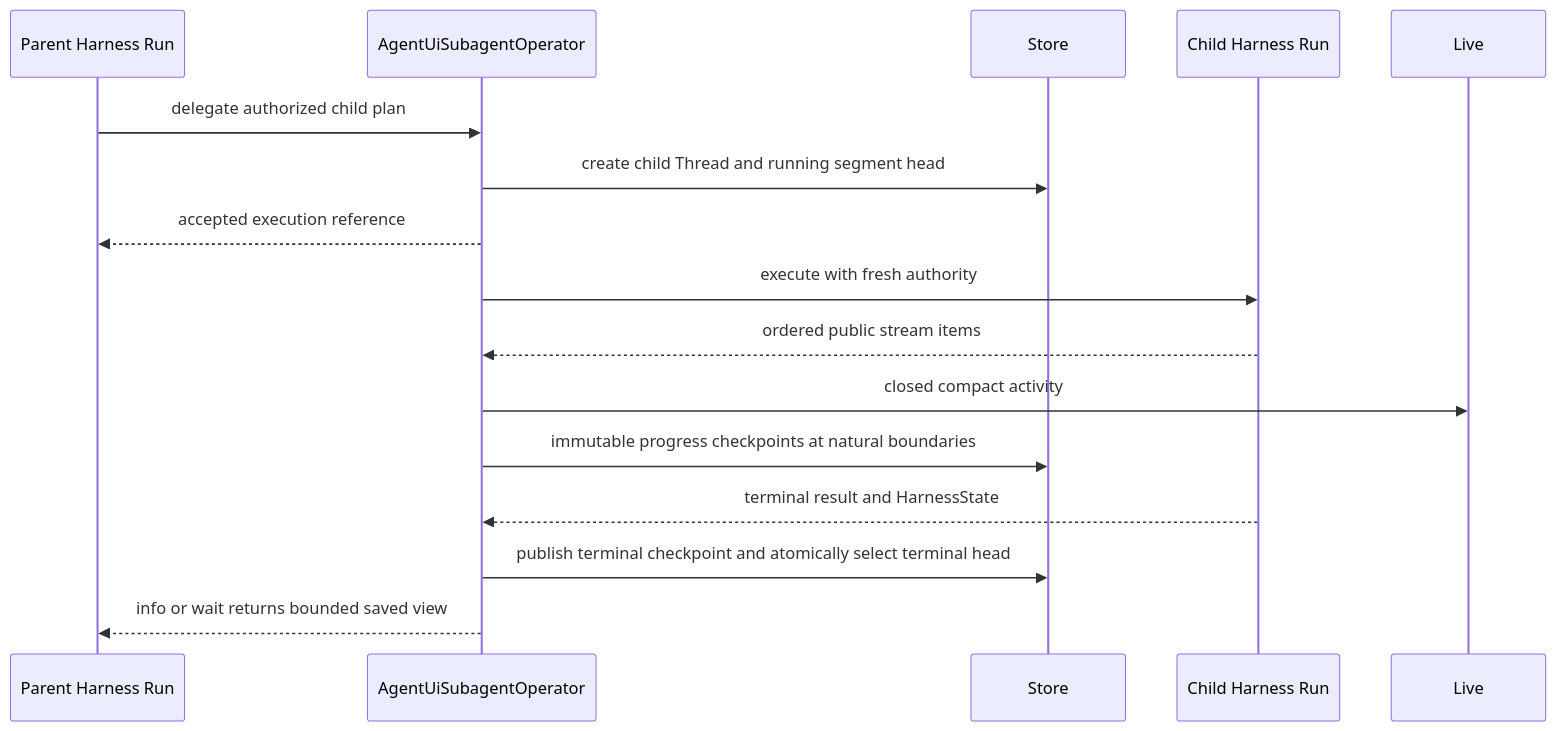
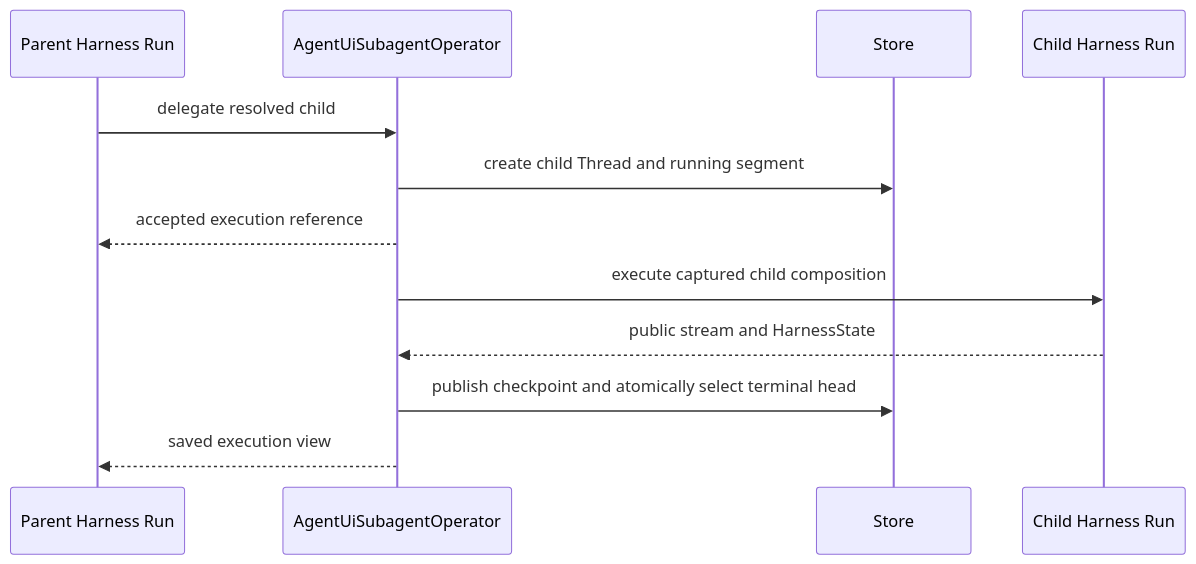
Before and after one commit to LTThreeComma/agent-foundation: the third of 3 diagrams in spec/agent-ui/00-overview.md, drawn with Mermaid. The commit also changed other lines of this file and 17 other files, not shown here.

````diff
--- a/spec/agent-ui/00-overview.md
+++ b/spec/agent-ui/00-overview.md
@@ -136,19 +101,15 @@
 ```mermaid
 sequenceDiagram
     participant Parent as Parent Harness Run
     participant Operator as AgentUiSubagentOperator
     participant Store
     participant Child as Child Harness Run
-    participant Live
 
-    Parent->>Operator: delegate authorized child plan
-    Operator->>Store: create child Thread and running segment head
+    Parent->>Operator: delegate resolved child
+    Operator->>Store: create child Thread and running segment
     Operator-->>Parent: accepted execution reference
-    Operator->>Child: execute with fresh authority
-    Child-->>Operator: ordered public stream items
-    Operator->>Live: closed compact activity
-    Operator->>Store: immutable progress checkpoints at natural boundaries
-    Child-->>Operator: terminal result and HarnessState
-    Operator->>Store: publish terminal checkpoint and atomically select terminal head
-    Operator-->>Parent: info or wait returns bounded saved view
+    Operator->>Child: execute captured child composition
+    Child-->>Operator: public stream and HarnessState
+    Operator->>Store: publish checkpoint and atomically select terminal head
+    Operator-->>Parent: saved execution view
 ```
````
